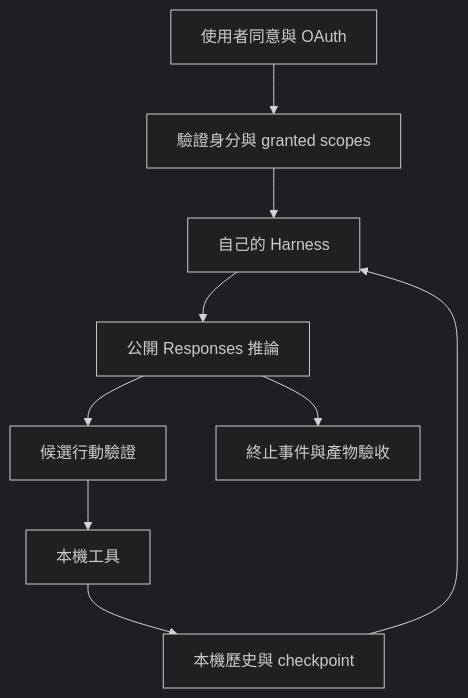
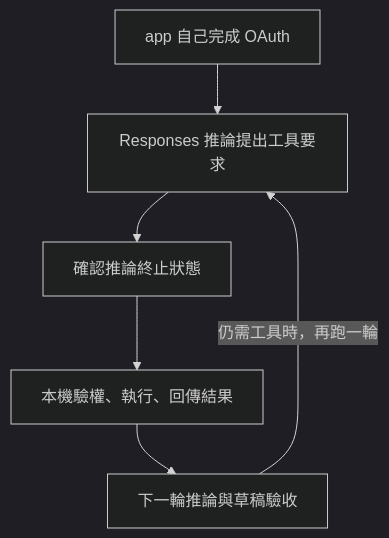
One commit to easyvibecoding/Agent-Engineering changed the diagram in chapters/codex-runtime/08-subscription-oauth-and-harness/lesson.md. Above: the diagram before and after it, drawn with Mermaid (dark theme). The commit also changed other lines of this file and 139 other files, not shown here.

````diff
--- a/chapters/codex-runtime/08-subscription-oauth-and-harness/lesson.md
+++ b/chapters/codex-runtime/08-subscription-oauth-and-harness/lesson.md
@@ -37,11 +64,13 @@
 ```mermaid
 flowchart TD
-  U["使用者同意與 OAuth"] --> A["驗證身分與 granted scopes"]
-  A --> H["自己的 Harness"]
-  H --> R["公開 Responses 推論"]
-  R --> P["候選行動驗證"]
-  P --> T["本機工具"]
-  T --> S["本機歷史與 checkpoint"]
-  S --> H
-  R --> V["終止事件與產物驗收"]
+    A["app 自己完成 OAuth"]
+    B["Responses 推論提出工具要求"]
+    C["確認推論終止狀態"]
+    D["本機驗權、執行、回傳結果"]
+    E["下一輪推論與草稿驗收"]
+    A --> B
+    B --> C
+    C --> D
+    D --> E
+    E -->|"仍需工具時，再跑一輪"| B
 ```
````
